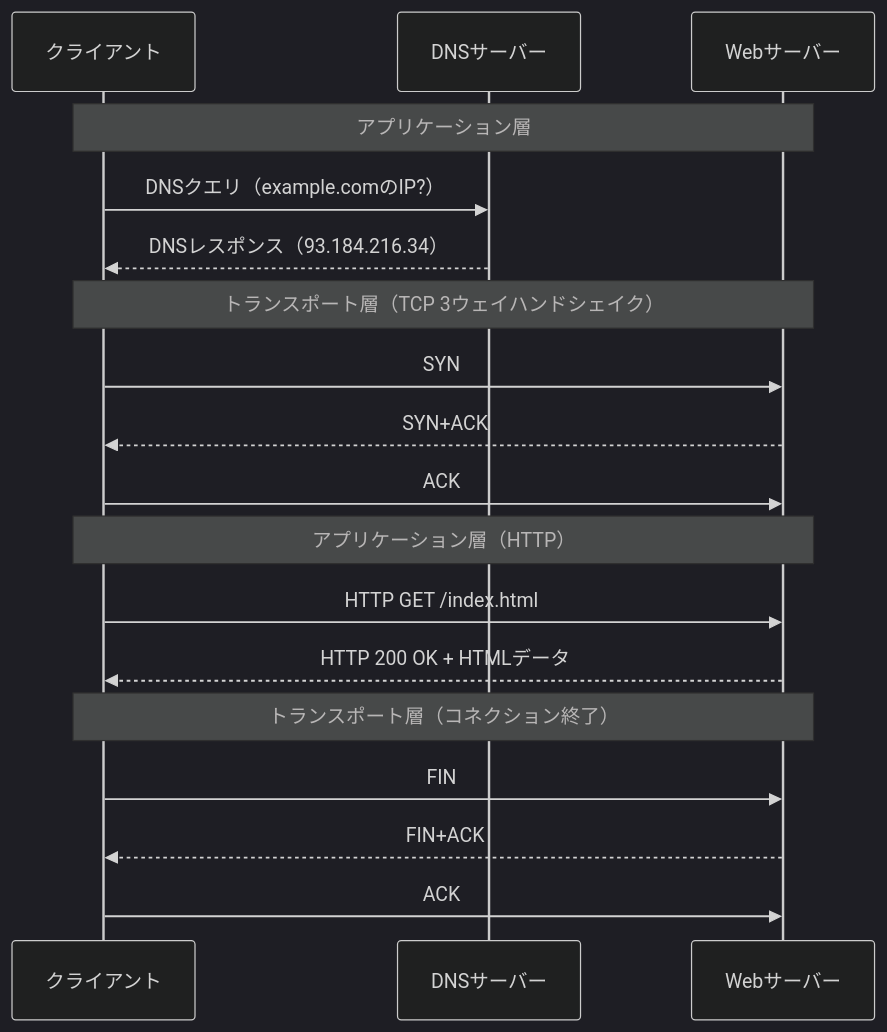
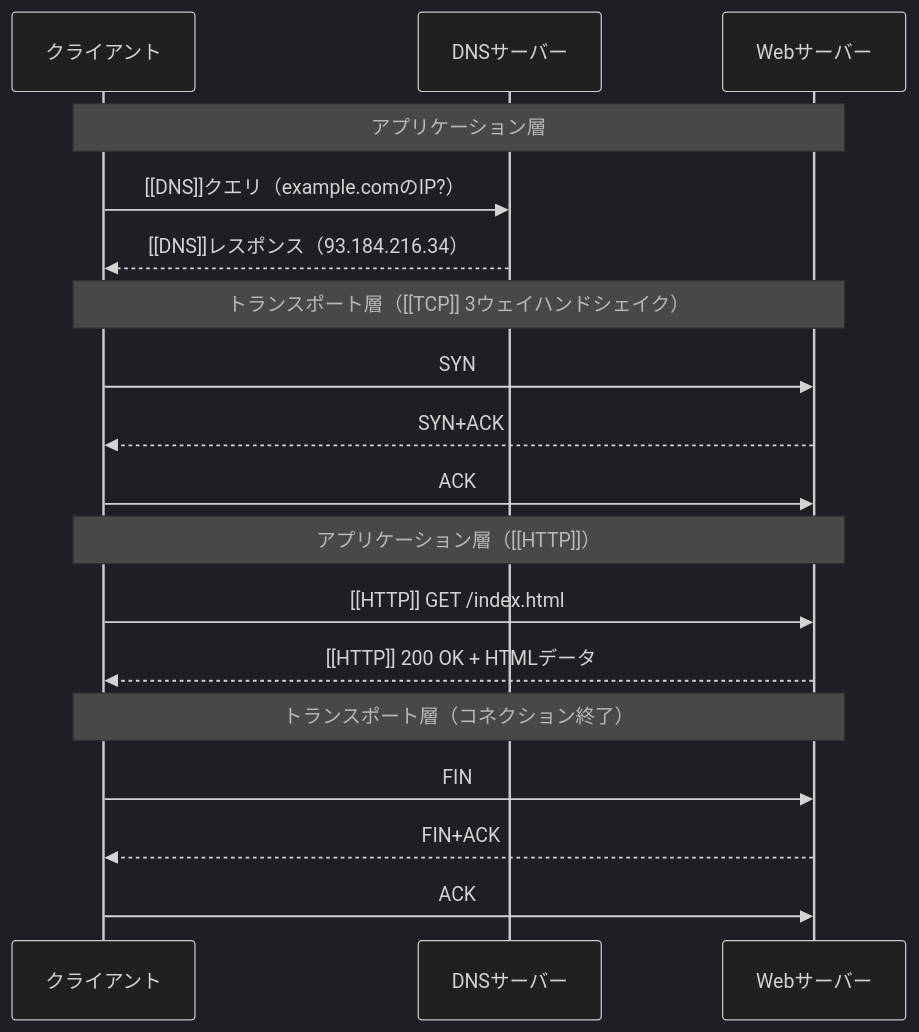
Before and after one commit to ikarigata/nespe_memo: the fourth of 4 diagrams in site/src/content/docs/knowledges/osi-tcpip-comparison.mdx, drawn with Mermaid (dark theme). The commit also changed other lines of this file and 12 other files, not shown here.

````diff
--- a/site/src/content/docs/knowledges/osi-tcpip-comparison.mdx
+++ b/site/src/content/docs/knowledges/osi-tcpip-comparison.mdx
@@ -164,24 +164,24 @@
 ```mermaid
 sequenceDiagram
     participant Client as クライアント
     participant DNS as DNSサーバー
     participant Web as Webサーバー
 
     Note over Client,Web: アプリケーション層
-    Client->>DNS: DNSクエリ（example.comのIP?）
-    DNS-->>Client: DNSレスポンス（93.184.216.34）
+    Client->>DNS: [[DNS]]クエリ（example.comのIP?）
+    DNS-->>Client: [[DNS]]レスポンス（93.184.216.34）
 
-    Note over Client,Web: トランスポート層（TCP 3ウェイハンドシェイク）
+    Note over Client,Web: トランスポート層（[[TCP]] 3ウェイハンドシェイク）
     Client->>Web: SYN
     Web-->>Client: SYN+ACK
     Client->>Web: ACK
 
-    Note over Client,Web: アプリケーション層（HTTP）
-    Client->>Web: HTTP GET /index.html
-    Web-->>Client: HTTP 200 OK + HTMLデータ
+    Note over Client,Web: アプリケーション層（[[HTTP]]）
+    Client->>Web: [[HTTP]] GET /index.html
+    Web-->>Client: [[HTTP]] 200 OK + HTMLデータ
 
     Note over Client,Web: トランスポート層（コネクション終了）
     Client->>Web: FIN
     Web-->>Client: FIN+ACK
     Client->>Web: ACK
 ```
````
